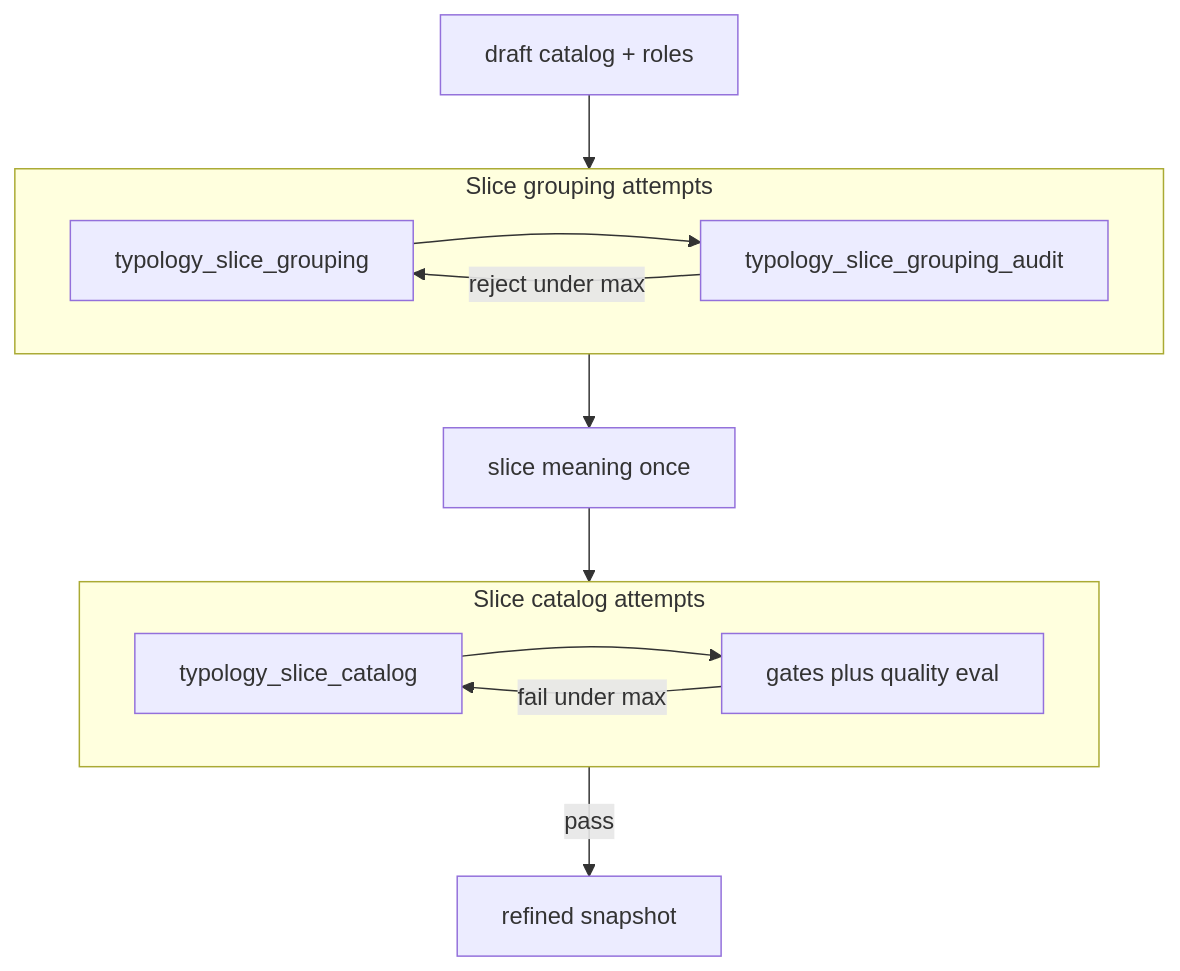
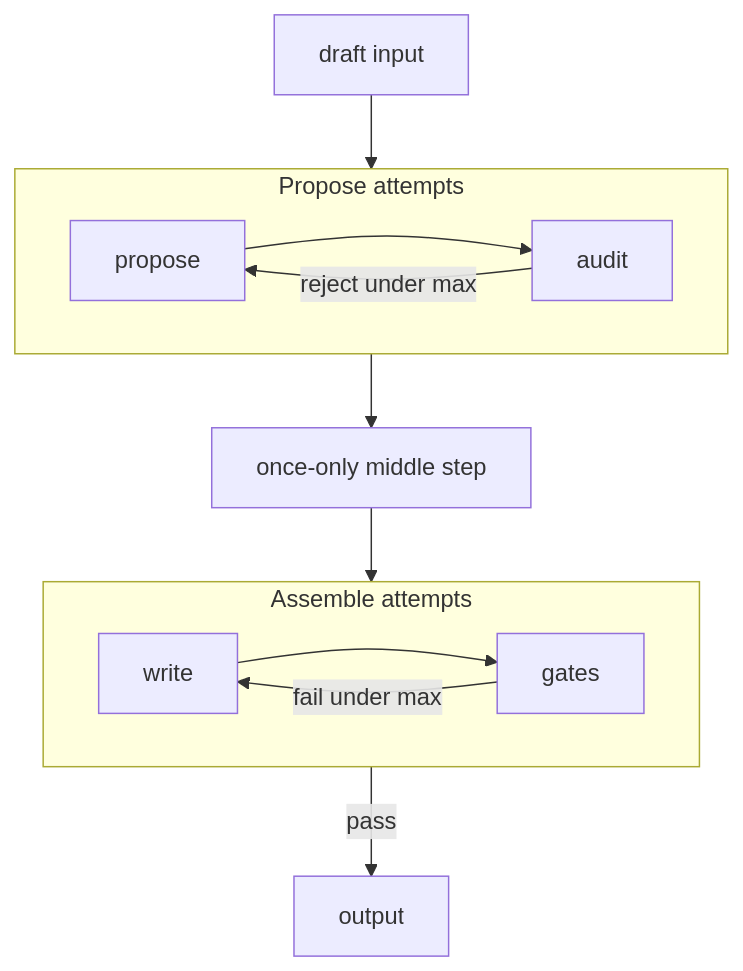
The first of 2 diagrams in skills/explain-implementation/SKILL.md (xynova/cursor-packs), drawn with Mermaid before and after one commit. The commit also changed other lines of this file and 9 other files, not shown here.

First line of the commit message:
Gate pack membership; remove Typology slice domain rule. (#45)

````diff
--- a/skills/explain-implementation/SKILL.md
+++ b/skills/explain-implementation/SKILL.md
@@ -127,20 +127,20 @@
 ```mermaid
 flowchart TD
-  draft[draft catalog + roles]
-  draft --> groupingLoop
-  subgraph groupingLoop [Slice grouping attempts]
-    propose[typology_slice_grouping]
-    audit[typology_slice_grouping_audit]
+  draft[draft input]
+  draft --> loopA
+  subgraph loopA [Propose attempts]
+    propose[propose]
+    audit[audit]
     propose --> audit
     audit -->|reject under max| propose
   end
-  groupingLoop --> meaning[slice meaning once]
-  meaning --> catalogLoop
-  subgraph catalogLoop [Slice catalog attempts]
-    write[typology_slice_catalog]
-    gates[gates plus quality eval]
+  loopA --> once[once-only middle step]
+  once --> loopB
+  subgraph loopB [Assemble attempts]
+    write[write]
+    gates[gates]
     write --> gates
     gates -->|fail under max| write
   end
-  catalogLoop -->|pass| out[refined snapshot]
+  loopB -->|pass| out[output]
 ```
````
